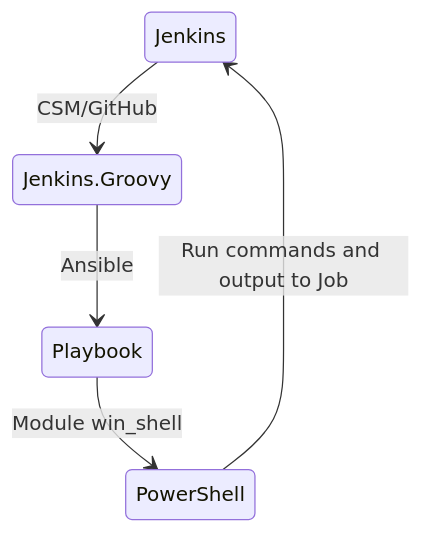
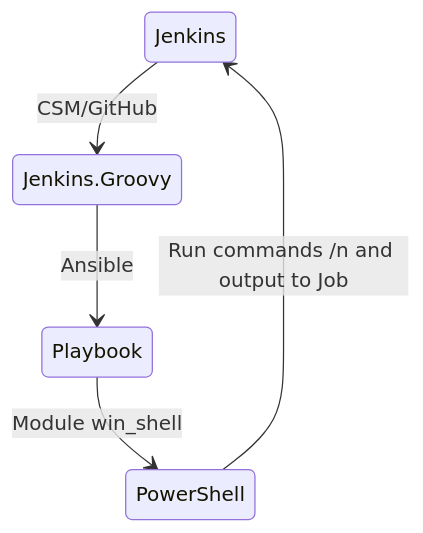
The diagram in README.md (Lifailon/Deploy-PS-Module), drawn with Mermaid before and after one commit.

Commit message:
test state

````diff
--- a/README.md
+++ b/README.md
@@ -7,7 +7,7 @@
 ```mermaid
 stateDiagram-v2
     Jenkins --> Jenkins.Groovy: CSM/GitHub
     Jenkins.Groovy --> Playbook: Ansible
     Playbook --> PowerShell: Module win_shell
-    PowerShell --> Jenkins: Run commands and output to Job
+    PowerShell --> Jenkins: Run commands /n and output to Job
 ```
````
